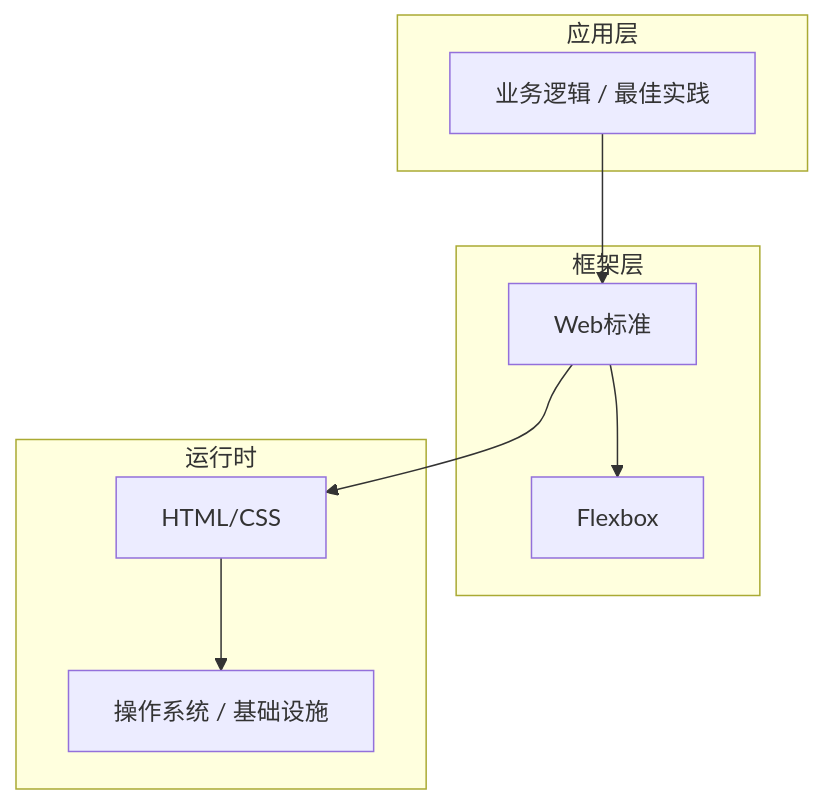
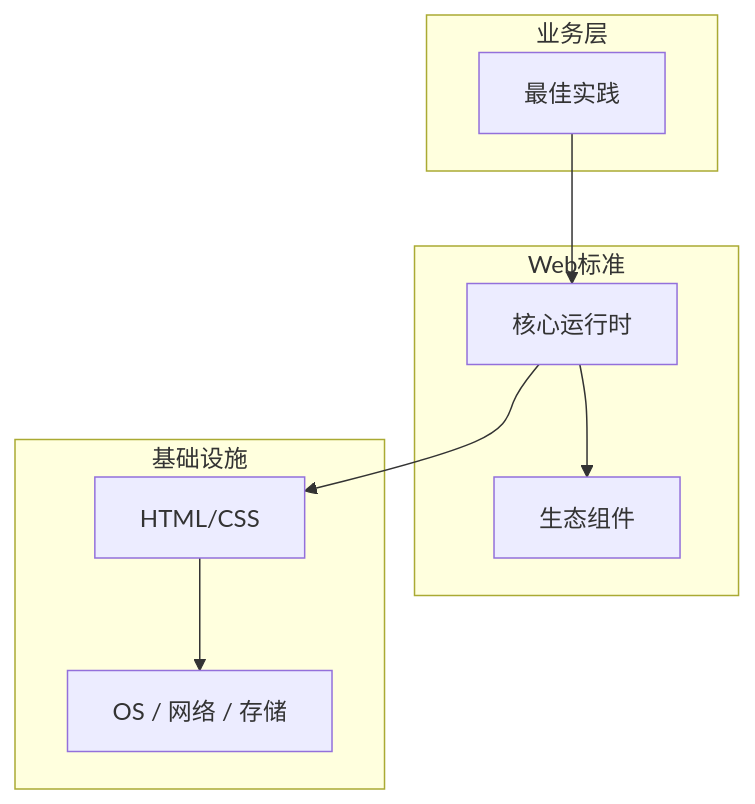
One commit to yanggan2015/knowledge-json-v2 changed the diagram in articles/HTML与CSS/chapters/114-最佳实践核心概念与原理.md. Above: the diagram before and after it, drawn with Mermaid. The commit also changed other lines of this file and 10127 other files, not shown here.

````diff
--- a/articles/HTML与CSS/chapters/114-最佳实践核心概念与原理.md
+++ b/articles/HTML与CSS/chapters/114-最佳实践核心概念与原理.md
@@ -45,18 +34,18 @@
 ```mermaid
 graph TB
-    subgraph 应用层
-        A[业务逻辑 / 最佳实践]
+    subgraph 业务层
+        A[最佳实践]
     end
-    subgraph 框架层
-        B[Web标准]
-        C[Flexbox]
+    subgraph Web标准
+        B[核心运行时]
+        C[生态组件]
     end
-    subgraph 运行时
+    subgraph 基础设施
         D[HTML/CSS]
-        E[操作系统 / 基础设施]
+        E[OS / 网络 / 存储]
     end
     A --> B
     B --> C
     B --> D
     D --> E
 ```
````
